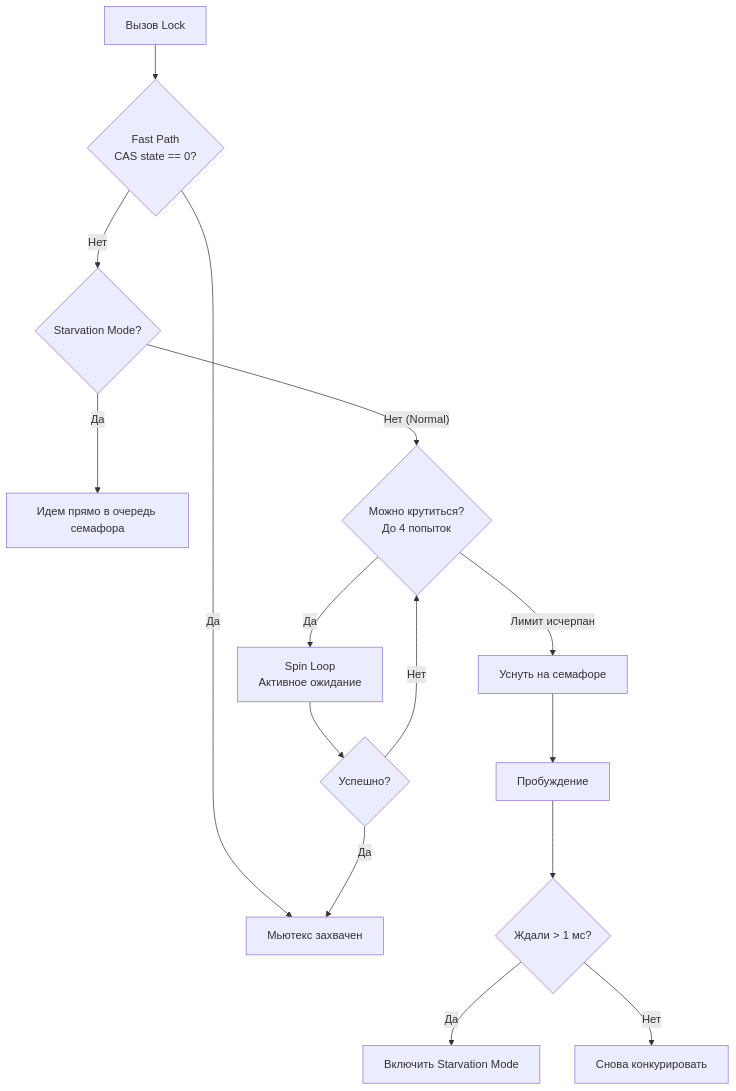
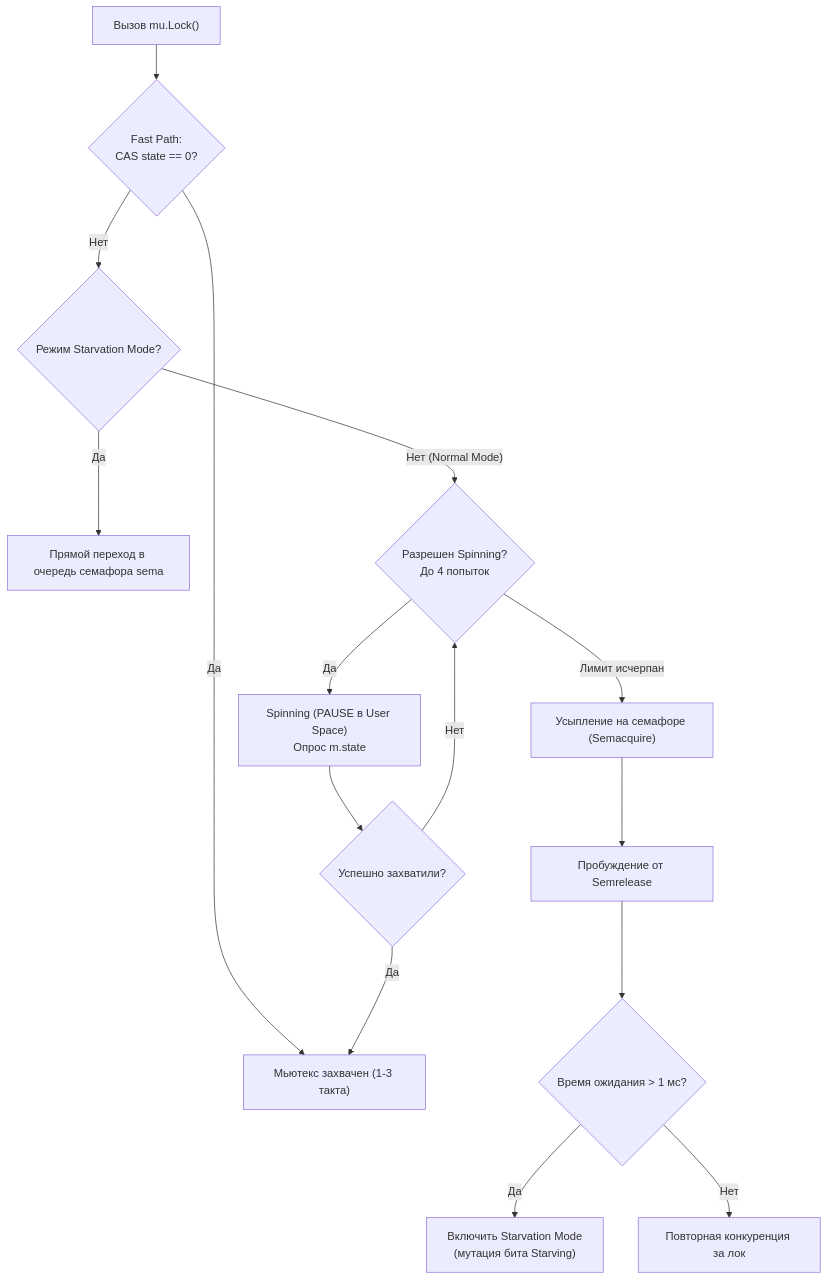
Before and after one commit to UnrealTemplier/go-textbook: the second of 2 diagrams in sources/7. Глубокий Go (Внутреннее устройство)/15. Mutex и RWMutex под капотом.md, drawn with Mermaid. The commit also changed other lines of this file, not shown here.

````diff
--- a/sources/7. Глубокий Go (Внутреннее устройство)/15. Mutex и RWMutex под капотом.md
+++ b/sources/7. Глубокий Go (Внутреннее устройство)/15. Mutex и RWMutex под капотом.md
@@ -81,20 +76,20 @@
 ```mermaid
 flowchart TD
-    LOCK["Вызов Lock"] --> FAST{"Fast Path<br>CAS state == 0?"}
-    FAST -->|"Да"| ACQUIRED["Мьютекс захвачен"]
-    FAST -->|"Нет"| CHECK_MODE{"Starvation Mode?"}
+    LOCK["Вызов mu.Lock()"] --> FAST{"Fast Path:<br>CAS state == 0?"}
+    FAST -->|"Да"| ACQUIRED["Мьютекс захвачен (1-3 такта)"]
+    FAST -->|"Нет"| CHECK_MODE{"Режим Starvation Mode?"}
     
-    CHECK_MODE -->|"Да"| QUEUE_STRICT["Идем прямо в очередь семафора"]
-    CHECK_MODE -->|"Нет (Normal)"| SPIN{"Можно крутиться?<br>До 4 попыток"}
+    CHECK_MODE -->|"Да"| QUEUE_STRICT["Прямой переход в очередь семафора sema"]
+    CHECK_MODE -->|"Нет (Normal Mode)"| SPIN{"Разрешен Spinning?<br>До 4 попыток"}
     
-    SPIN -->|"Да"| SPIN_LOOP["Spin Loop<br>Активное ожидание"]
-    SPIN_LOOP --> TRY_AGAIN{"Успешно?"}
+    SPIN -->|"Да"| SPIN_LOOP["Spinning (PAUSE в User Space)<br>Опрос m.state"]
+    SPIN_LOOP --> TRY_AGAIN{"Успешно захватили?"}
     TRY_AGAIN -->|"Да"| ACQUIRED
     TRY_AGAIN -->|"Нет"| SPIN
     
-    SPIN -->|"Лимит исчерпан"| SLEEP["Уснуть на семафоре"]
-    SLEEP --> WOKE["Пробуждение"]
-    WOKE --> CHECK_TIME{"Ждали > 1 мс?"}
-    CHECK_TIME -->|"Да"| SET_STARV["Включить Starvation Mode"]
-    CHECK_TIME -->|"Нет"| NORMAL_COMPETE["Снова конкурировать"]
+    SPIN -->|"Лимит исчерпан"| SLEEP["Усыпление на семафоре (Semacquire)"]
+    SLEEP --> WOKE["Пробуждение от Semrelease"]
+    WOKE --> CHECK_TIME{"Время ожидания > 1 мс?"}
+    CHECK_TIME -->|"Да"| SET_STARV["Включить Starvation Mode<br>(мутация бита Starving)"]
+    CHECK_TIME -->|"Нет"| NORMAL_COMPETE["Повторная конкуренция за лок"]
 ```
````
